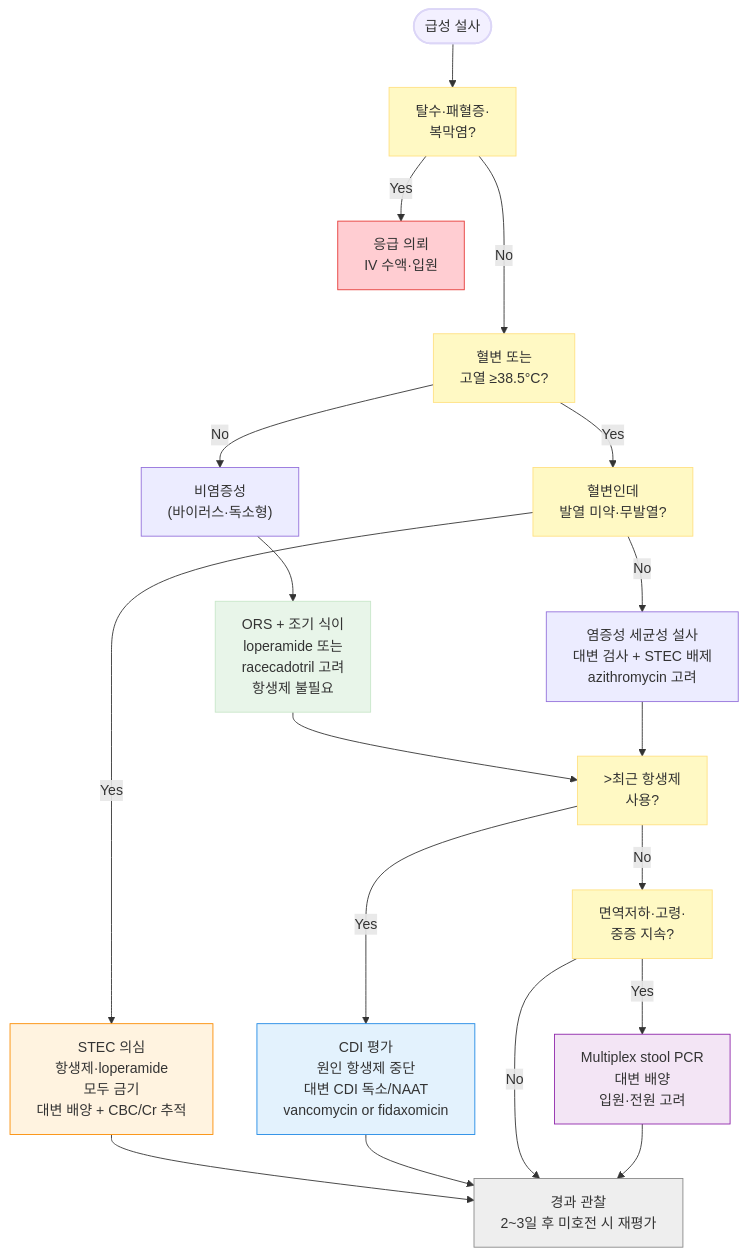
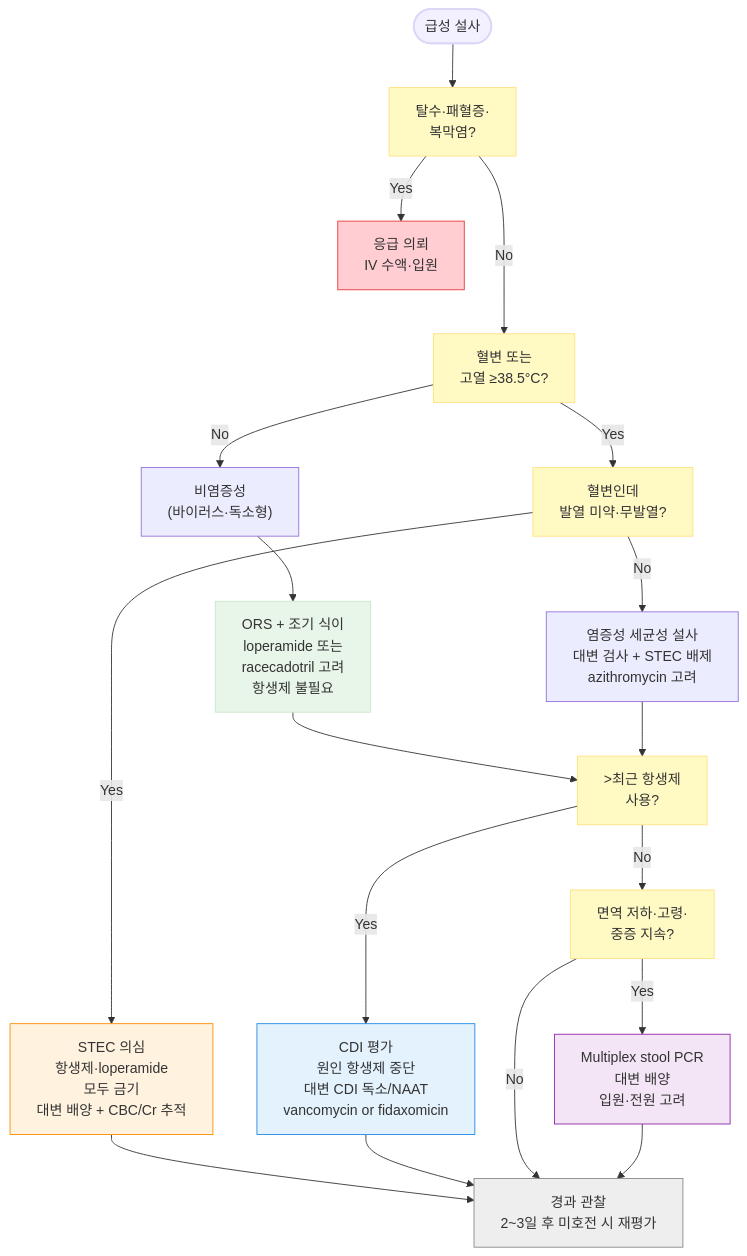
Before and after one commit to familyoh77/familyoh77: the diagram in 224_/083_-acute-diarrhea.md, drawn with Mermaid. The commit also changed other lines of this file and 6 other files, not shown here.

````diff
--- a/224_/083_-acute-diarrhea.md
+++ b/224_/083_-acute-diarrhea.md
@@ -127,52 +127,52 @@
 ```mermaid
 graph TD
     Start(["급성 설사"])
 
     S1["탈수·패혈증·<br/>복막염?"]
     Emergency["응급 의뢰<br/>IV 수액·입원"]
 
     S2["혈변 또는<br/>고열 ≥38.5°C?"]
 
     NonInfl["비염증성<br/>(바이러스·독소형)"]
     NonInflTx["ORS + 조기 식이<br/>loperamide 또는<br/>racecadotril 고려<br/>항생제 불필요"]
 
     STECq["혈변인데<br/>발열 미약·무발열?"]
     STEC["STEC 의심<br/>항생제·loperamide<br/>모두 금기<br/>대변 배양 + CBC/Cr 추적"]
     Infl["염증성 세균성 설사<br/>대변 검사 + STEC 배제<br/>azithromycin 고려"]
 
     S3[">최근 항생제<br/>사용?"]
     CDI["CDI 평가<br/>원인 항생제 중단<br/>대변 CDI 독소/NAAT<br/>vancomycin or fidaxomicin"]
 
-    S4["면역저하·고령·<br/>중증 지속?"]
+    S4["면역 저하·고령·<br/>중증 지속?"]
     HighRisk["Multiplex stool PCR<br/>대변 배양<br/>입원·전원 고려"]
     FU["경과 관찰<br/>2~3일 후 미호전 시 재평가"]
 
     Start --> S1
     S1 -->|Yes| Emergency
     S1 --->|No| S2
     S2 -->|No| NonInfl
     NonInfl --> NonInflTx
     S2 -->|Yes| STECq
     STECq -->|Yes| STEC
     STECq -->|No| Infl
     NonInflTx --> S3
     Infl --> S3
     STEC --> FU
     S3 -->|Yes| CDI
     S3 -->|No| S4
     CDI --> FU
     S4 -->|Yes| HighRisk
     S4 -->|No| FU
     HighRisk --> FU
 
 style Start fill:#eeeeee,stroke:#888888,stroke-width:2px
  classDef yellow fill:#fff9c4,stroke:#ffe082
  class S1,S2,S3,S4,STECq yellow
     style Emergency fill:#ffcdd2,stroke:#e53935
     style STEC fill:#fff3e0,stroke:#fb8c00
     style CDI fill:#e3f2fd,stroke:#1e88e5
     style HighRisk fill:#f3e5f5,stroke:#8e24aa
     style Start fill:#f3f0ff,stroke:#dcd6f7
     style NonInflTx fill:#e8f5e9,stroke:#c8e6c9
     style FU fill:#eeeeee,stroke:#888888
 ```
````
